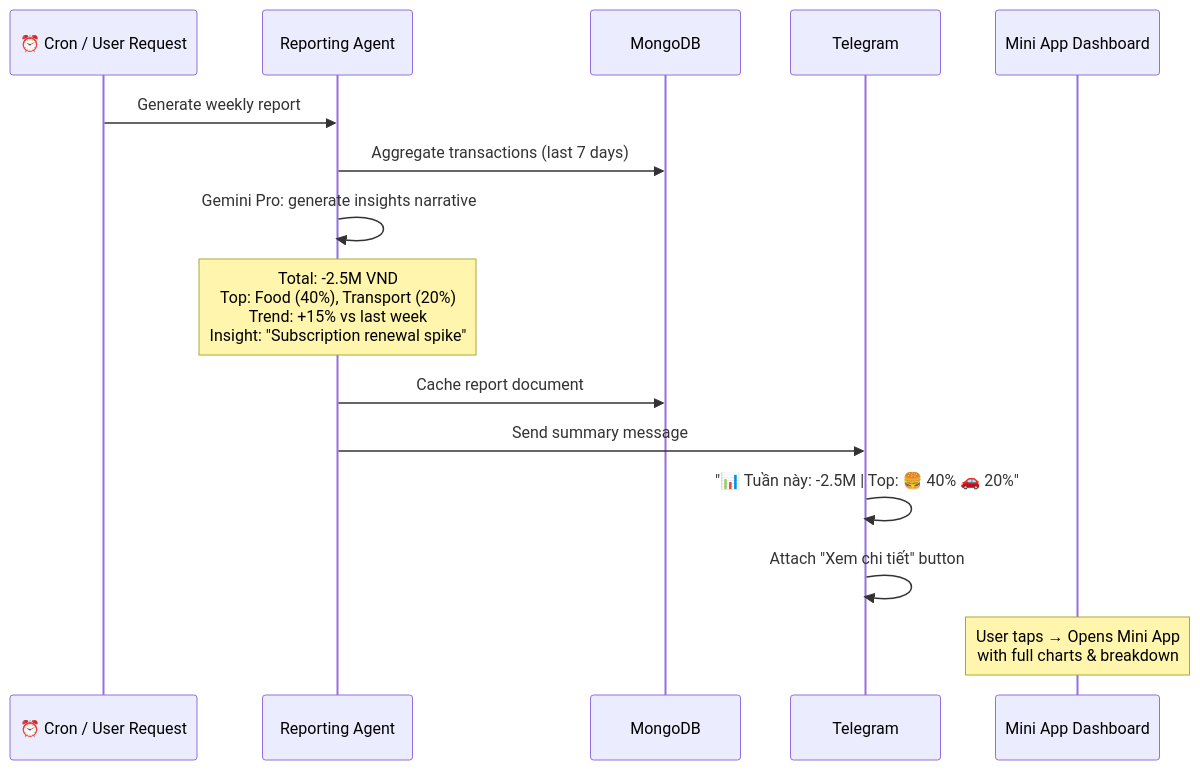
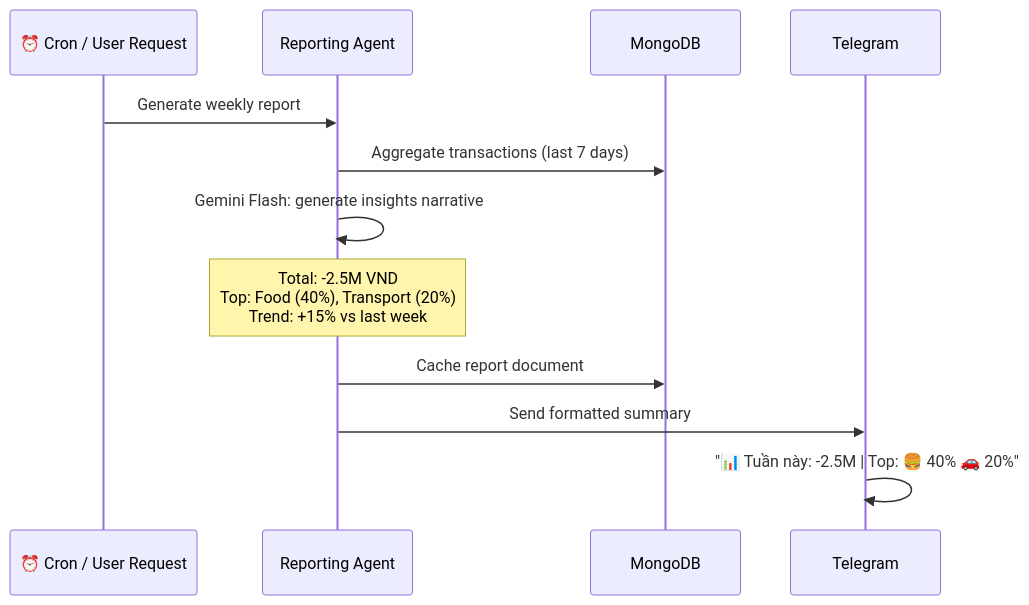
Before and after one commit to nqhuy44/chiwi: the sixth of 14 diagrams in docs/FLOWS.md, drawn with Mermaid. The commit also changed other lines of this file and 30 other files, not shown here.

````diff
--- a/docs/FLOWS.md
+++ b/docs/FLOWS.md
@@ -130,18 +161,15 @@
 ```mermaid
 sequenceDiagram
     participant Trigger as ⏰ Cron / User Request
     participant RA as Reporting Agent
     participant Mongo as MongoDB
     participant TG as Telegram
-    participant MiniApp as Mini App Dashboard
 
     Trigger->>RA: Generate weekly report
     RA->>Mongo: Aggregate transactions (last 7 days)
-    RA->>RA: Gemini Pro: generate insights narrative
-    Note over RA: Total: -2.5M VND<br/>Top: Food (40%), Transport (20%)<br/>Trend: +15% vs last week<br/>Insight: "Subscription renewal spike"
+    RA->>RA: Gemini Flash: generate insights narrative
+    Note over RA: Total: -2.5M VND<br/>Top: Food (40%), Transport (20%)<br/>Trend: +15% vs last week
     RA->>Mongo: Cache report document
-    RA->>TG: Send summary message
+    RA->>TG: Send formatted summary
     TG->>TG: "📊 Tuần này: -2.5M | Top: 🍔 40% 🚗 20%"
-    TG->>TG: Attach "Xem chi tiết" button
-    Note over MiniApp: User taps → Opens Mini App<br/>with full charts & breakdown
 ```
````
